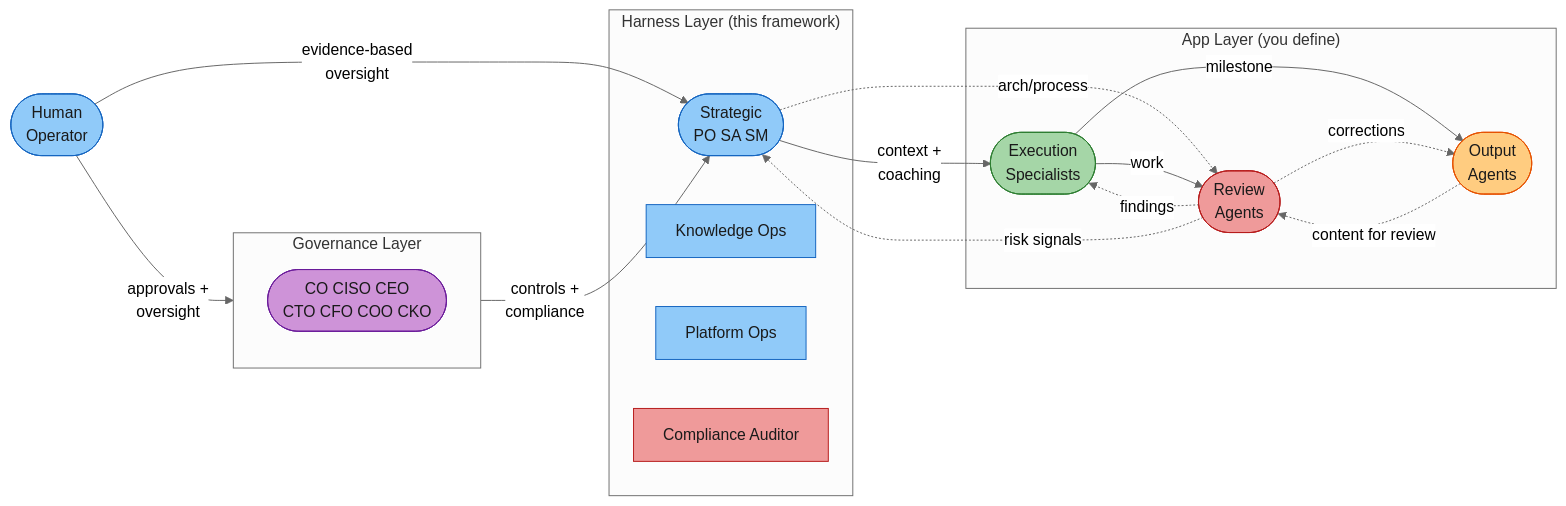
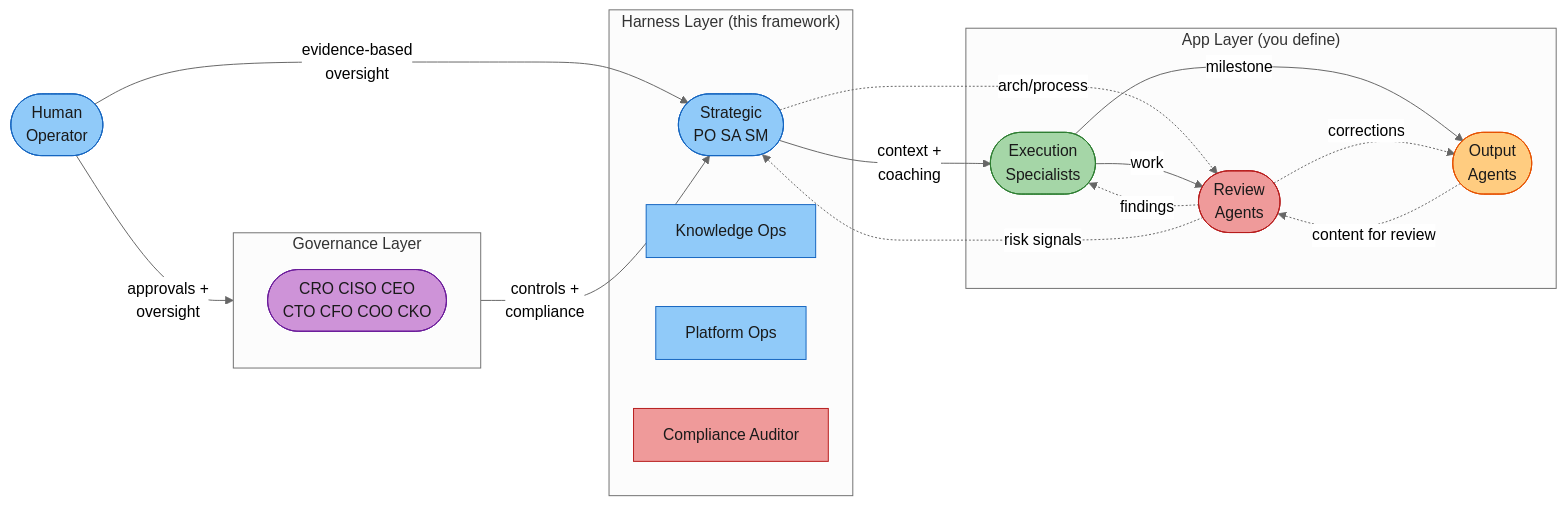
The diagram in docs/AGENT-FLEET-PATTERN.md (rdunie/venutian-antfarm), drawn with Mermaid (neutral theme) before and after one commit. The commit also changed other lines of this file, not shown here.

First line of the commit message:
docs: update AGENT-FLEET-PATTERN.md for CRO rename

````diff
--- a/docs/AGENT-FLEET-PATTERN.md
+++ b/docs/AGENT-FLEET-PATTERN.md
@@ -37,43 +37,43 @@
 ```mermaid
 flowchart LR
     USER(["Human\nOperator"])
 
     subgraph Gov ["Governance Layer"]
-        GOV_AGENTS(["CO  CISO  CEO\nCTO  CFO  COO  CKO"])
+        GOV_AGENTS(["CRO  CISO  CEO\nCTO  CFO  COO  CKO"])
     end
 
     subgraph Harness ["Harness Layer (this framework)"]
         S(["Strategic\nPO  SA  SM"])
         MM["Knowledge Ops"]
         PO_OPS["Platform Ops"]
         CA["Compliance Auditor"]
     end
 
     subgraph AppLayer ["App Layer (you define)"]
         E(["Execution\nSpecialists"])
         R(["Review\nAgents"])
         O(["Output\nAgents"])
     end
 
     USER -->|"approvals +\noversight"| Gov
     Gov -->|"controls +\ncompliance"| S
     USER -->|"evidence-based\noversight"| S
     S -->|"context +\ncoaching"| E
     S -.->|"arch/process"| R
     E -->|"work"| R
     R -.->|"findings"| E
     R -.->|"risk signals"| S
     E -->|"milestone"| O
     R -.->|"corrections"| O
     O -.->|"content for review"| R
 
     style USER fill:#90caf9,stroke:#1565c0,color:#1a1a1a
     style GOV_AGENTS fill:#ce93d8,stroke:#6a1b9a,color:#1a1a1a
     style S fill:#90caf9,stroke:#1565c0,color:#1a1a1a
     style MM fill:#90caf9,stroke:#1565c0,color:#1a1a1a
     style PO_OPS fill:#90caf9,stroke:#1565c0,color:#1a1a1a
     style CA fill:#ef9a9a,stroke:#b71c1c,color:#1a1a1a
     style E fill:#a5d6a7,stroke:#2e7d32,color:#1a1a1a
     style R fill:#ef9a9a,stroke:#b71c1c,color:#1a1a1a
     style O fill:#ffcc80,stroke:#e65100,color:#1a1a1a
 ```
````
